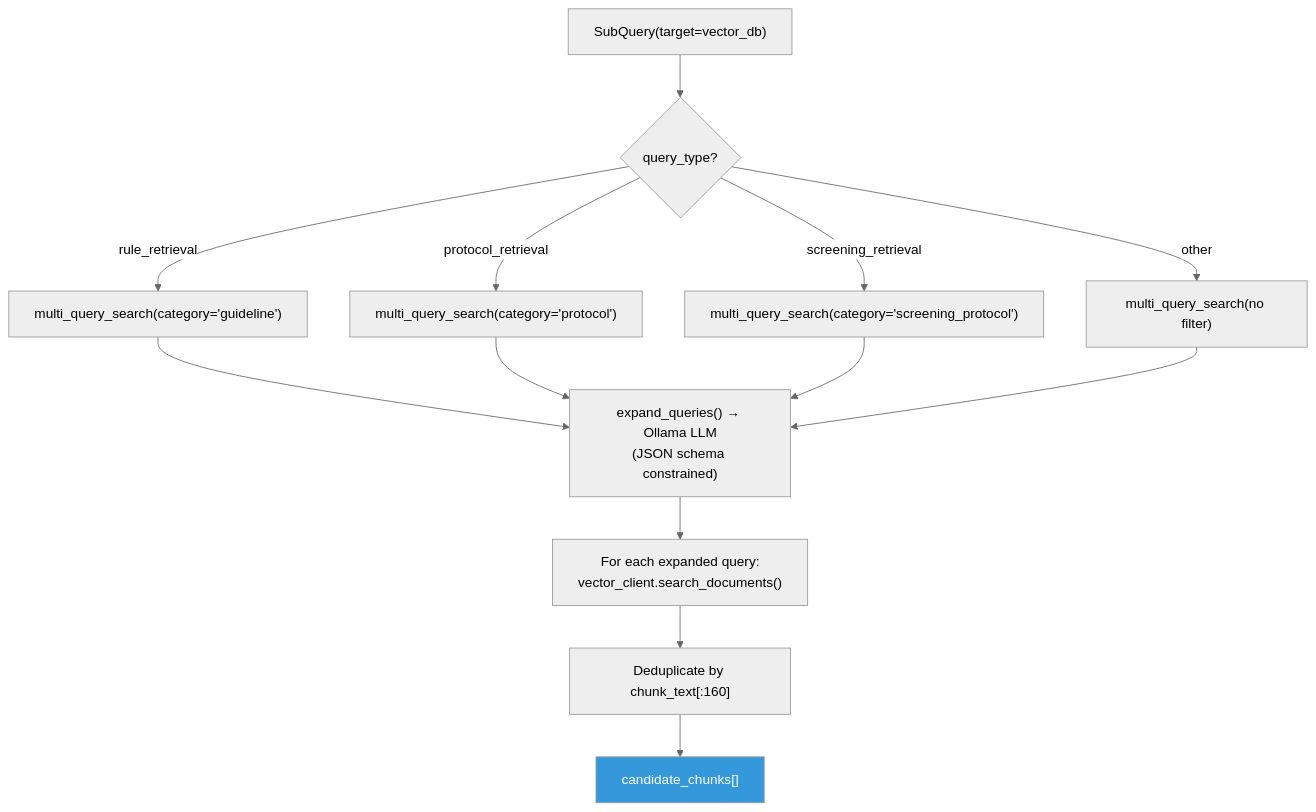
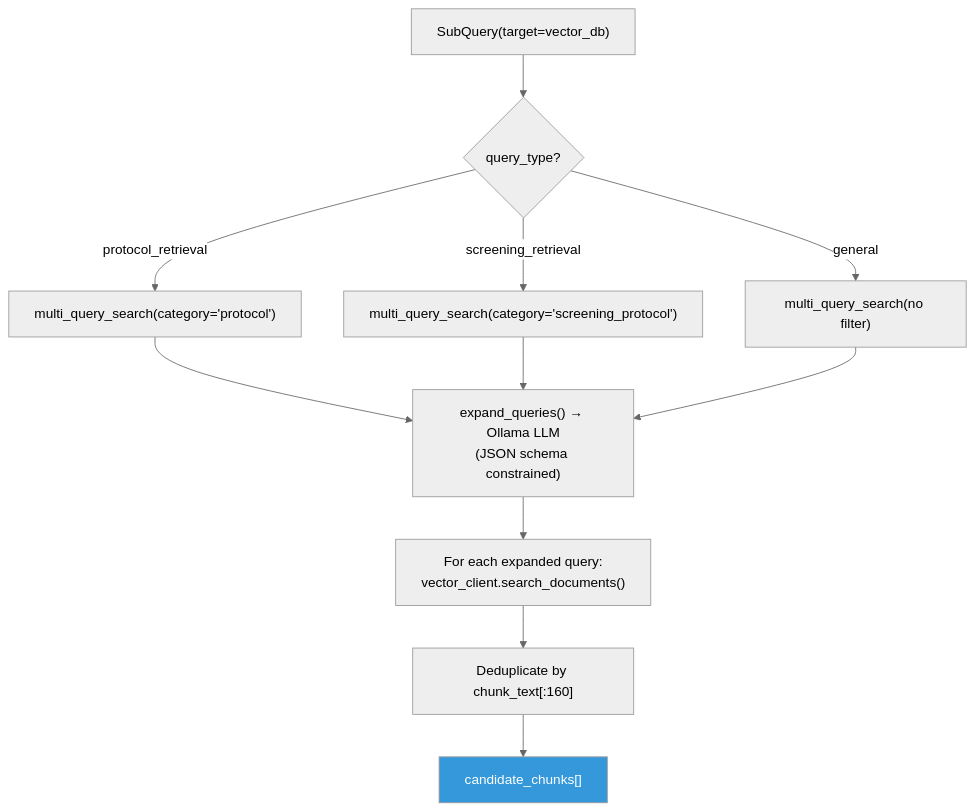
The fifth of 12 diagrams in project_analysis.md (RenX86/Privacy-Preserving-CDSS), drawn with Mermaid (neutral theme) before and after one commit. The commit also changed other lines of this file and 9 other files, not shown here.

````diff
--- a/project_analysis.md
+++ b/project_analysis.md
@@ -245,20 +242,18 @@
 ```mermaid
 flowchart TD
     SQ["SubQuery(target=vector_db)"] --> QT{"query_type?"}
 
-    QT -->|rule_retrieval| MQGD["multi_query_search(category='guideline')"]
     QT -->|protocol_retrieval| MQPR["multi_query_search(category='protocol')"]
     QT -->|screening_retrieval| MQSC["multi_query_search(category='screening_protocol')"]
-    QT -->|other| MQALL["multi_query_search(no filter)"]
+    QT -->|general| MQALL["multi_query_search(no filter)"]
 
-    MQGD --> EXP["expand_queries() → Ollama LLM<br/>(JSON schema constrained)"]
-    MQPR --> EXP
+    MQPR --> EXP["expand_queries() → Ollama LLM<br/>(JSON schema constrained)"]
     MQSC --> EXP
     MQALL --> EXP
 
     EXP --> VS["For each expanded query:<br/>vector_client.search_documents()"]
     VS --> DD["Deduplicate by chunk_text[:160]"]
     DD --> CC["candidate_chunks[]"]
 
     style CC fill:#3498db,color:#fff
 ```
````
